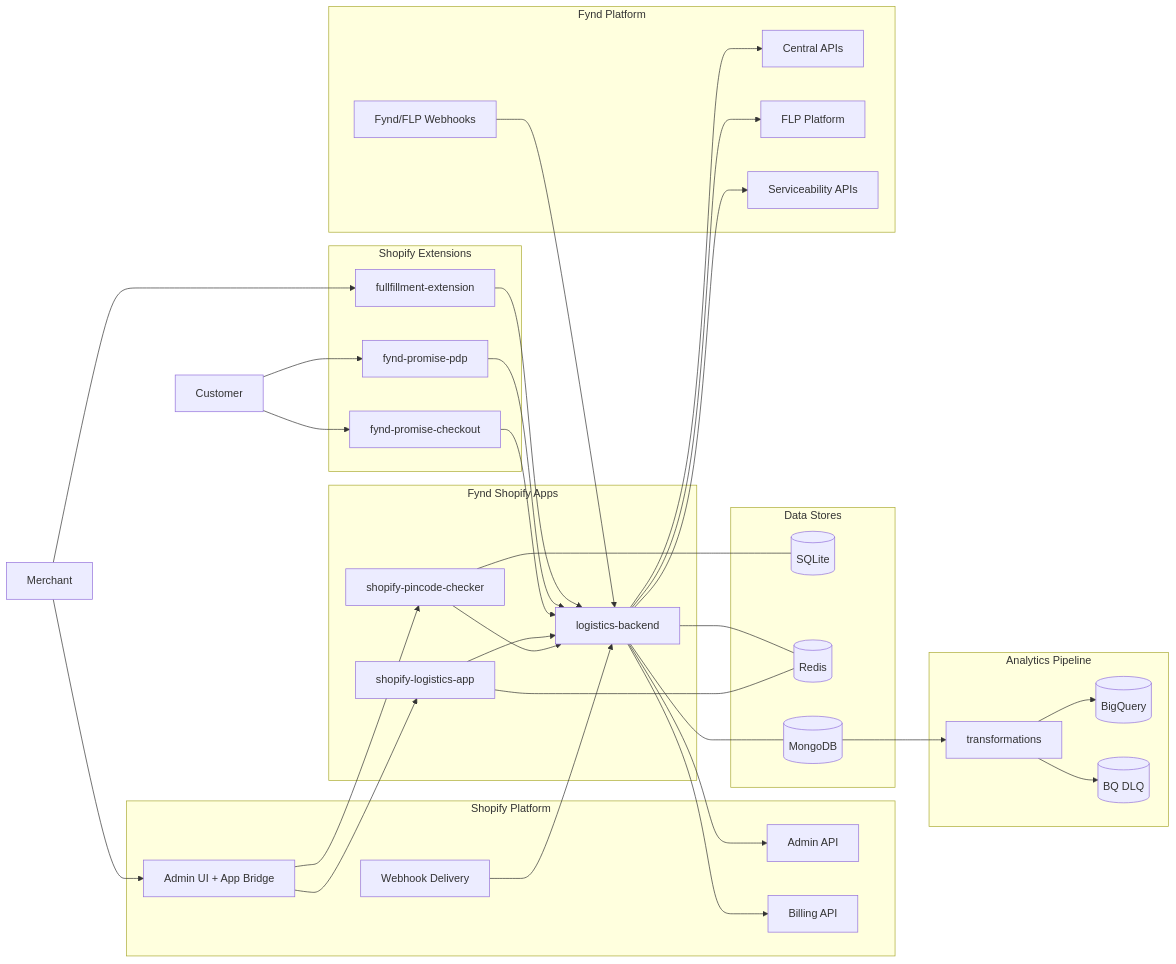
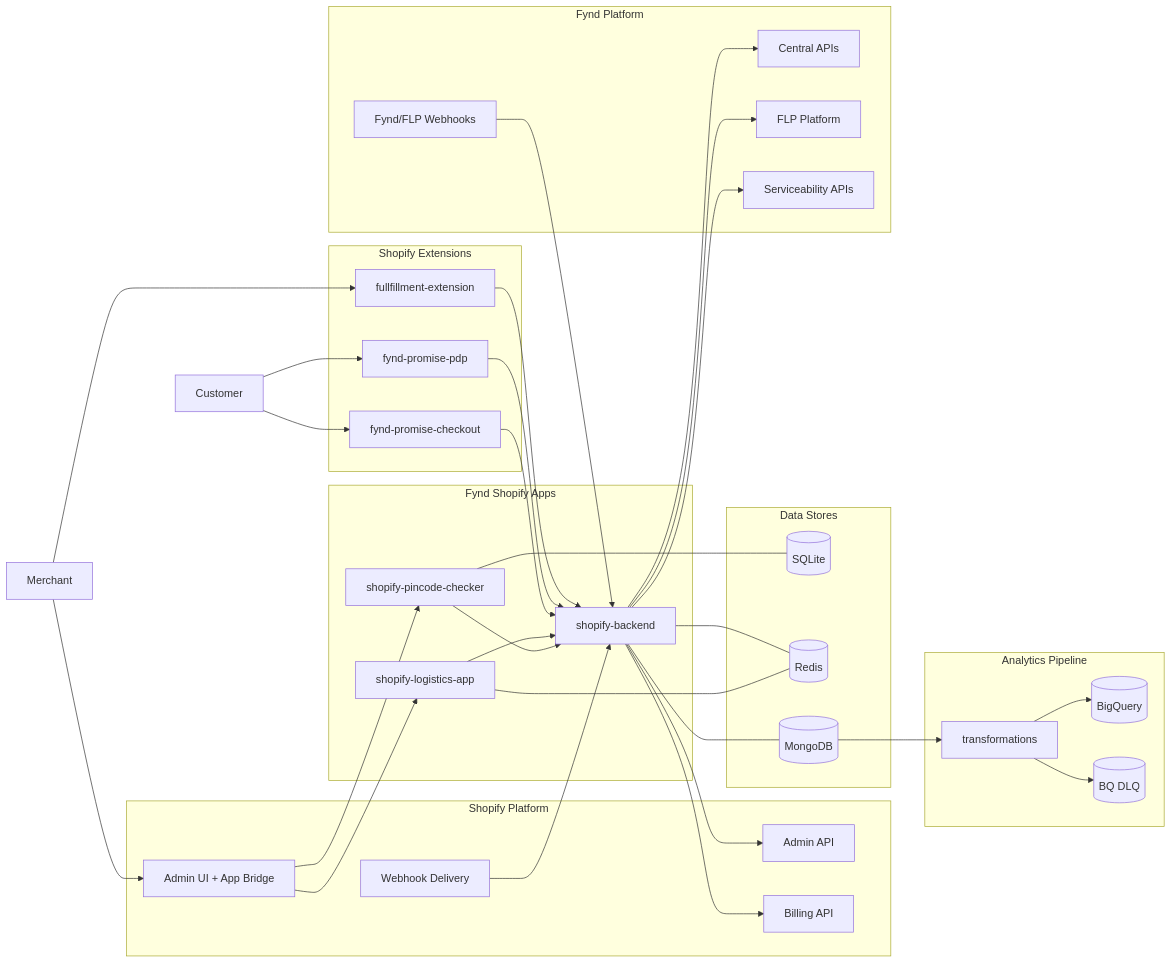
The first of 6 diagrams in docs/00-overview/ecosystem-map.md (princesaliya4922/fynd-logistics-docs), drawn with Mermaid before and after one commit. The commit also changed other lines of this file and 48 other files, not shown here.

````diff
--- a/docs/00-overview/ecosystem-map.md
+++ b/docs/00-overview/ecosystem-map.md
@@ -18,71 +18,71 @@
 ```mermaid
 flowchart LR
     Merchant[Merchant]
     Customer[Customer]
 
     subgraph Shopify[Shopify Platform]
         Admin[Admin UI + App Bridge]
         AdminAPI[Admin API]
         BillingAPI[Billing API]
         Webhooks[Webhook Delivery]
     end
 
     subgraph Apps[Fynd Shopify Apps]
         Promise[shopify-pincode-checker]
         Logistics[shopify-logistics-app]
-        Backend[logistics-backend]
+        Backend[shopify-backend]
     end
 
     subgraph Ext[Shopify Extensions]
         Checkout[fynd-promise-checkout]
         PDP[fynd-promise-pdp]
         OrderBlock[fullfillment-extension]
     end
 
     subgraph Data[Data Stores]
         SQLite[(SQLite)]
         Redis[(Redis)]
         Mongo[(MongoDB)]
     end
 
     subgraph Fynd[Fynd Platform]
         Central[Central APIs]
         FLP[FLP Platform]
         Serviceability[Serviceability APIs]
         FyndHooks[Fynd/FLP Webhooks]
     end
 
     subgraph Analytics[Analytics Pipeline]
         Transform[transformations]
         BQ[(BigQuery)]
         DLQ[(BQ DLQ)]
     end
 
     Merchant --> Admin
     Admin --> Promise
     Admin --> Logistics
     Customer --> Checkout
     Customer --> PDP
     Merchant --> OrderBlock
 
     Promise --> Backend
     Logistics --> Backend
     Checkout --> Backend
     PDP --> Backend
     OrderBlock --> Backend
 
     Webhooks --> Backend
     Backend --> AdminAPI
     Backend --> BillingAPI
     Backend --> Central
     Backend --> FLP
     Backend --> Serviceability
     FyndHooks --> Backend
 
     Promise --- SQLite
     Logistics --- Redis
     Backend --- Redis
     Backend --- Mongo
     Mongo --> Transform --> BQ
     Transform --> DLQ
 ```
````
